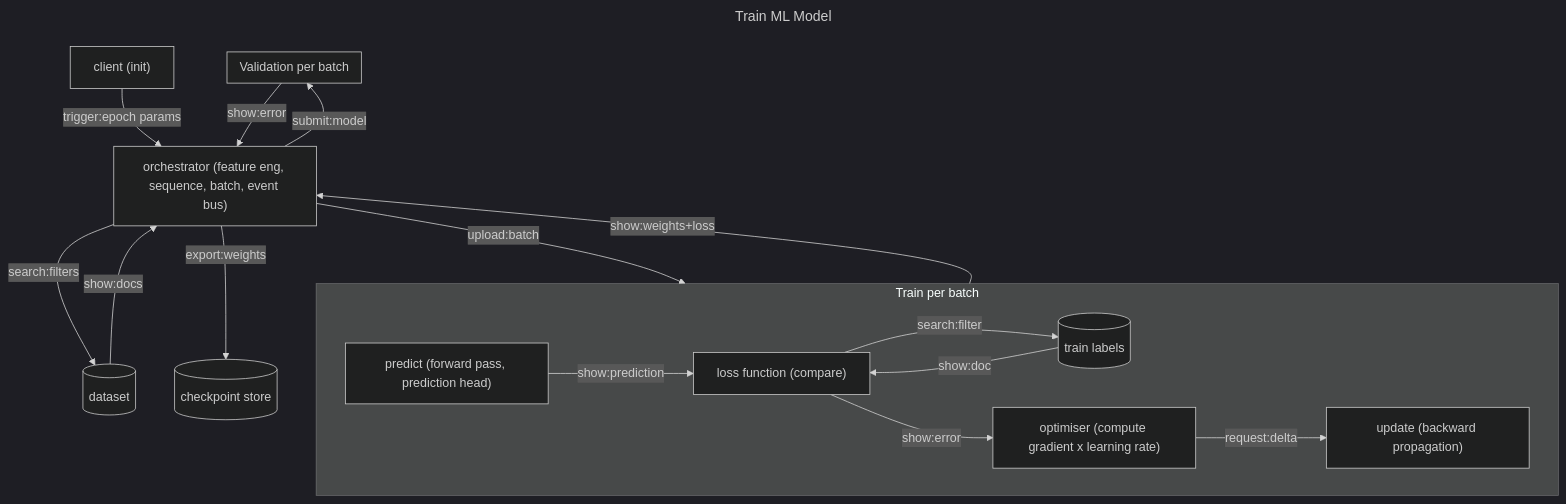
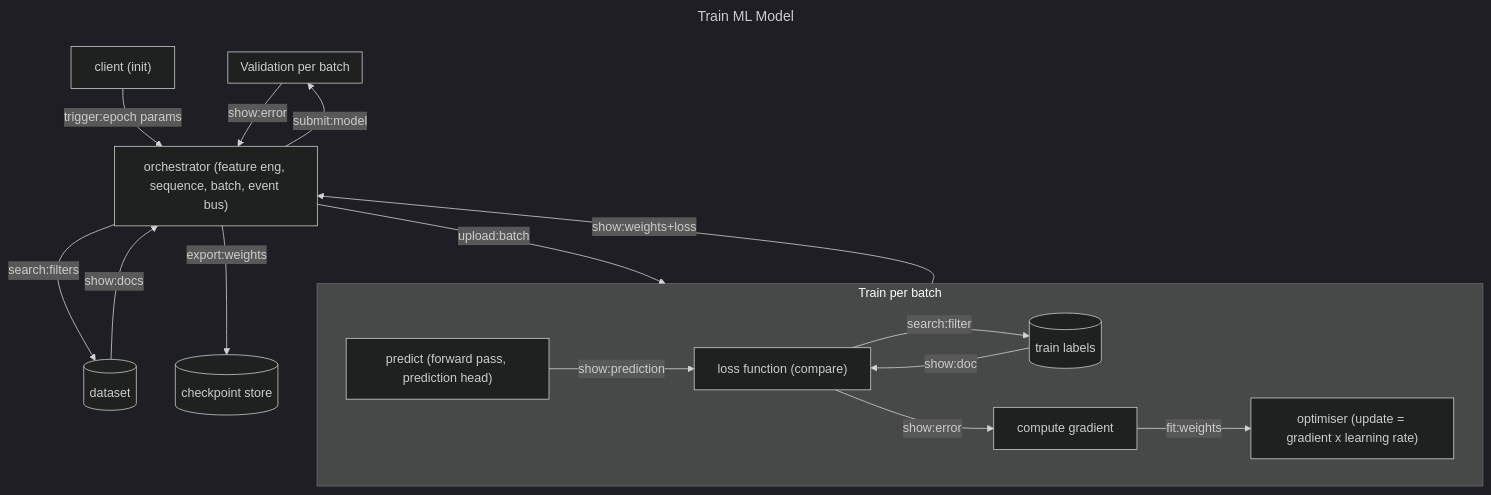
Before and after one commit to ptbdnr/ptbdnr: the fifth of 7 diagrams in ml_sys_design.md, drawn with Mermaid (dark theme). The commit also changed other lines of this file, not shown here.

````diff
--- a/ml_sys_design.md
+++ b/ml_sys_design.md
@@ -283,24 +283,24 @@
 ```mermaid
 ---
 title: Train ML Model
 ---
 flowchart TD
     orch["orchestrator (feature eng, sequence, batch, event bus)"]
 
     client["client (init)"] --trigger:epoch params--> orch 
     orch --search:filters--> db[("dataset")] --show:docs--> orch 
     orch --upload:batch--> batch_train --show:weights+loss--> orch
     orch --submit:model--> valid --show:error--> orch
     orch --export:weights--> mdb[("checkpoint store")]
 
     subgraph batch_train["Train per batch"]
         loss["loss function (compare)"]
         
         predict["predict (forward pass, prediction head)"] --show:prediction--> loss
         loss --search:filter--> tdb[("train labels")] --show:doc--> loss
-        loss --show:error--> opt["optimiser (compute gradient x learning rate)"] --request:delta--> fit["update (backward propagation)"]
+        loss --show:error--> backprop["compute gradient"] --fit:weights--> opt["optimiser (update = gradient x learning rate)"]
     end 
 
     subgraph valid["Validation per batch"]
     end
 ```
````
